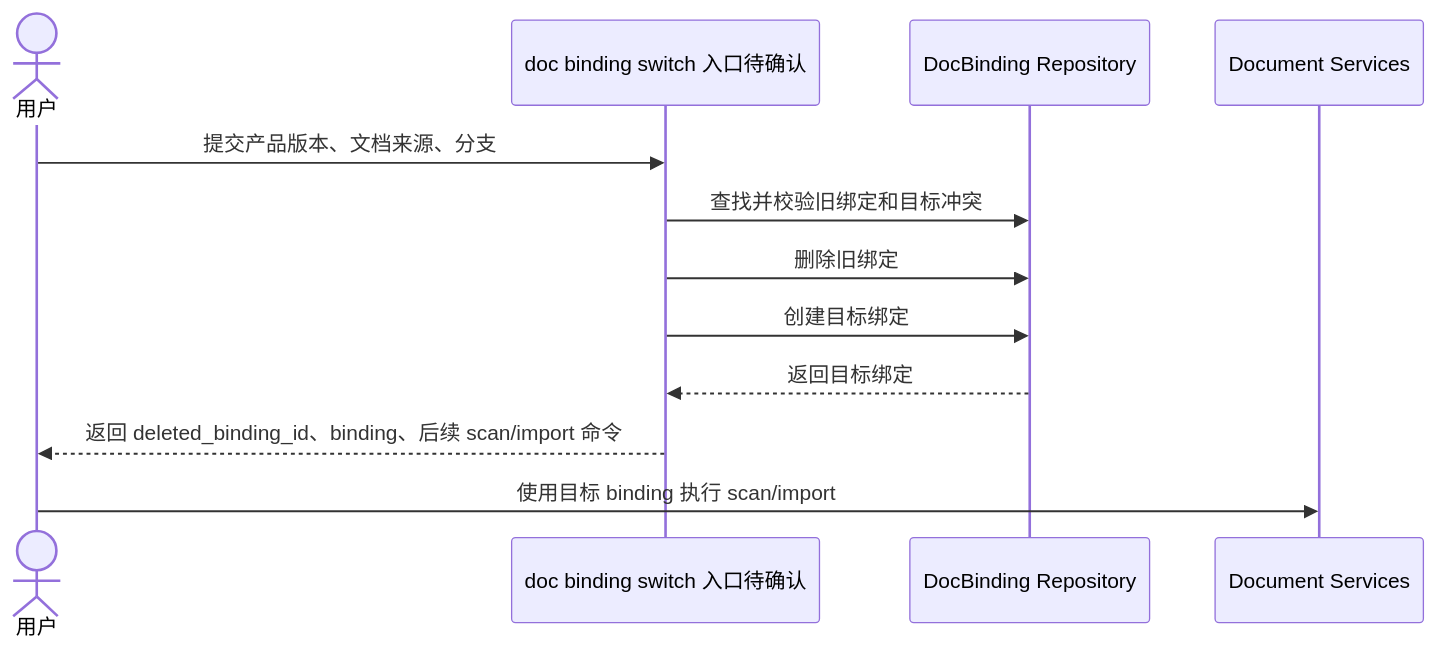
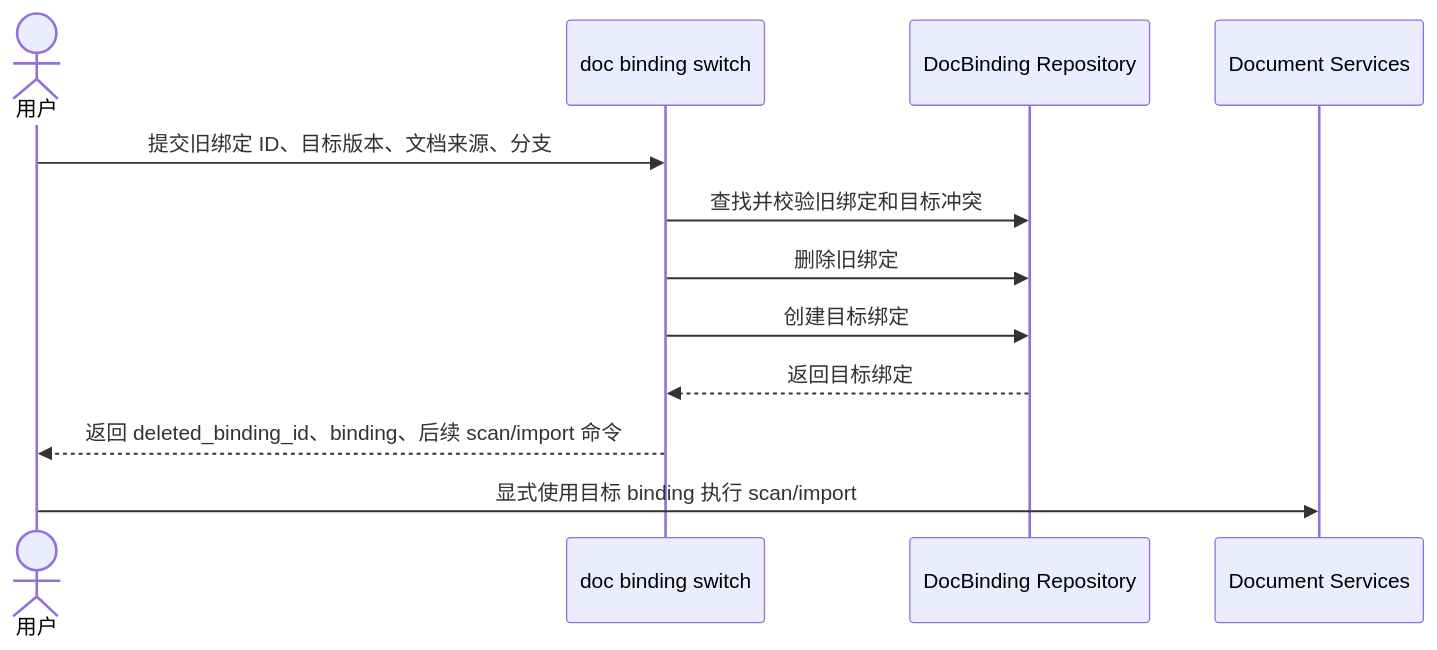
One commit to XuJiachengZust/NeoDev changed the second of 2 diagrams in docs/requirements/doc-binding-switch/features/F001-doc-binding-switch.md. Above: the diagram before and after it, drawn with Mermaid. The commit also changed other lines of this file and 4 other files, not shown here.

Commit message:
docs: refine doc binding switch requirements

````diff
--- a/docs/requirements/doc-binding-switch/features/F001-doc-binding-switch.md
+++ b/docs/requirements/doc-binding-switch/features/F001-doc-binding-switch.md
@@ -124,14 +124,14 @@
 ```mermaid
 sequenceDiagram
   actor User as 用户
-  participant Entry as doc binding switch 入口待确认
+  participant Entry as doc binding switch
   participant Repo as DocBinding Repository
   participant Docs as Document Services
-  User->>Entry: 提交产品版本、文档来源、分支
+  User->>Entry: 提交旧绑定 ID、目标版本、文档来源、分支
   Entry->>Repo: 查找并校验旧绑定和目标冲突
   Entry->>Repo: 删除旧绑定
   Entry->>Repo: 创建目标绑定
   Repo-->>Entry: 返回目标绑定
   Entry-->>User: 返回 deleted_binding_id、binding、后续 scan/import 命令
-  User->>Docs: 使用目标 binding 执行 scan/import
+  User->>Docs: 显式使用目标 binding 执行 scan/import
 ```
````
